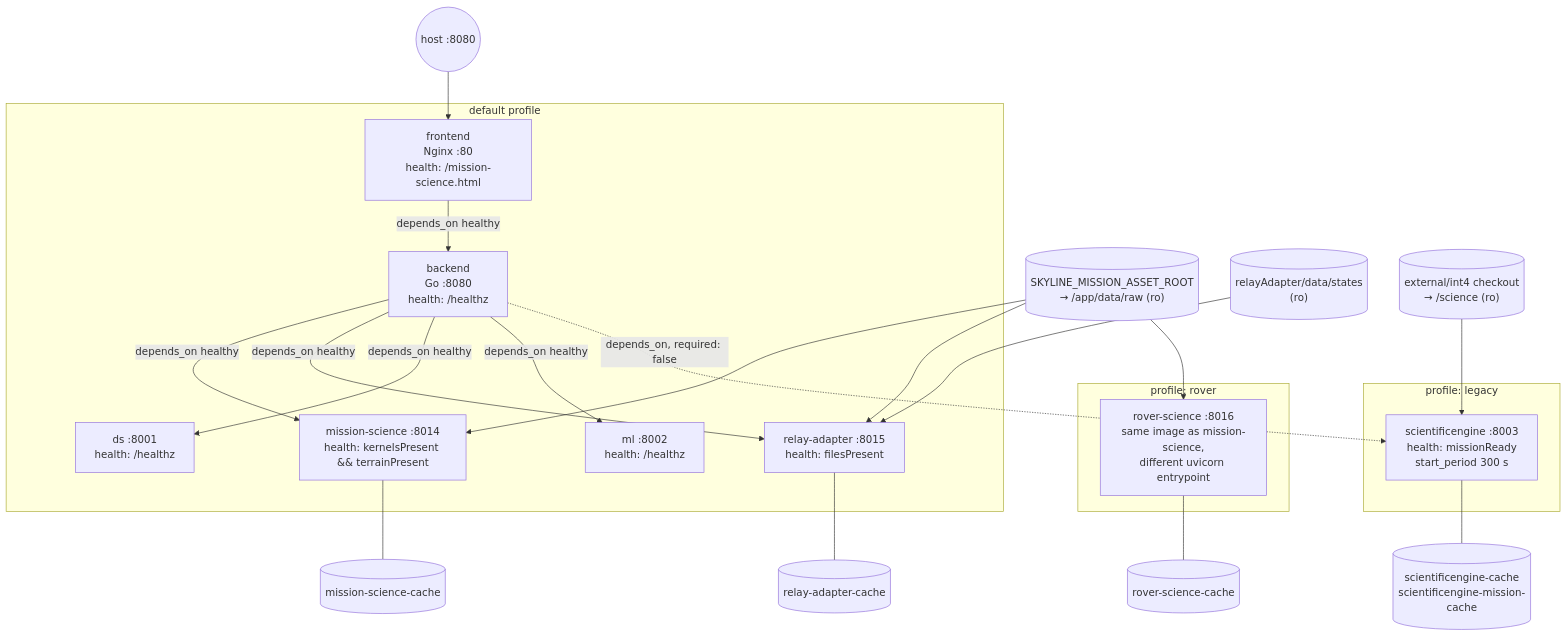
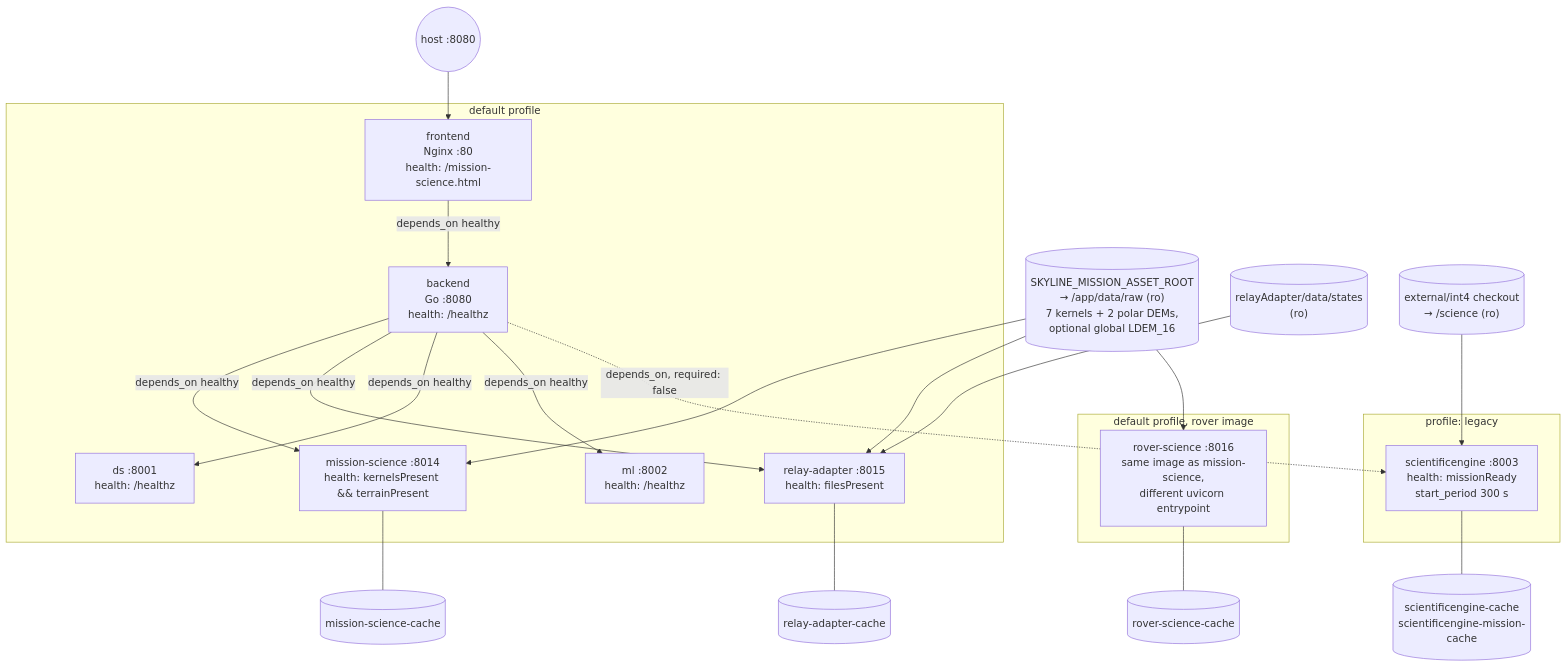
Diagram 12 of 14 in docs/architecture/system-design.md (PentaHexaKong/nasa-skyline), drawn with Mermaid before and after one commit. The commit also changed other lines of this file and 4 other files, not shown here.

````diff
--- a/docs/architecture/system-design.md
+++ b/docs/architecture/system-design.md
@@ -440,42 +445,42 @@
 ```mermaid
 flowchart TB
     host(("host :8080"))
 
     subgraph profDefault["default profile"]
         fe["frontend<br/>Nginx :80<br/>health: /mission-science.html"]
         be["backend<br/>Go :8080<br/>health: /healthz"]
         ms["mission-science :8014<br/>health: kernelsPresent && terrainPresent"]
         ra["relay-adapter :8015<br/>health: filesPresent"]
         ds["ds :8001<br/>health: /healthz"]
         ml["ml :8002<br/>health: /healthz"]
     end
 
-    subgraph profRover["profile: rover"]
+    subgraph profRover["default profile, rover image"]
         rv["rover-science :8016<br/>same image as mission-science,<br/>different uvicorn entrypoint"]
     end
 
     subgraph profLegacy["profile: legacy"]
         se["scientificengine :8003<br/>health: missionReady<br/>start_period 300 s"]
     end
 
-    raw[("SKYLINE_MISSION_ASSET_ROOT<br/>→ /app/data/raw (ro)")]
+    raw[("SKYLINE_MISSION_ASSET_ROOT<br/>→ /app/data/raw (ro)<br/>7 kernels + 2 polar DEMs,<br/>optional global LDEM_16")]
     states[("relayAdapter/data/states<br/>(ro)")]
     int4[("external/int4 checkout<br/>→ /science (ro)")]
     v1[("mission-science-cache")]
     v2[("relay-adapter-cache")]
     v3[("rover-science-cache")]
     v4[("scientificengine-cache<br/>scientificengine-mission-cache")]
 
     host --> fe
     fe -->|"depends_on healthy"| be
     be -->|"depends_on healthy"| ms & ra & ds & ml
     be -.->|"depends_on, required: false"| se
 
     raw --> ms & ra & rv
     states --> ra
     int4 --> se
     ms --- v1
     ra --- v2
     rv --- v3
     se --- v4
 ```
````
